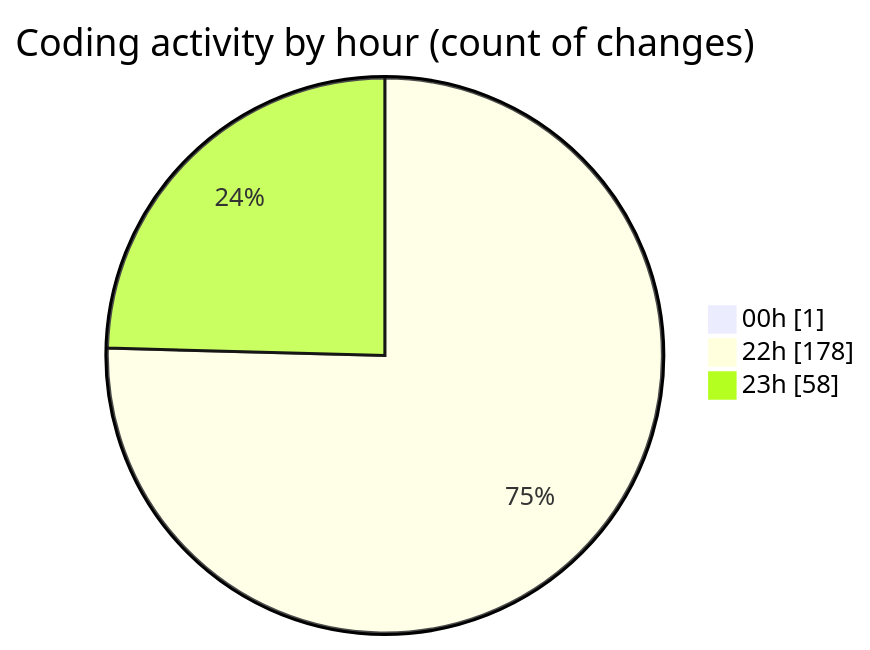
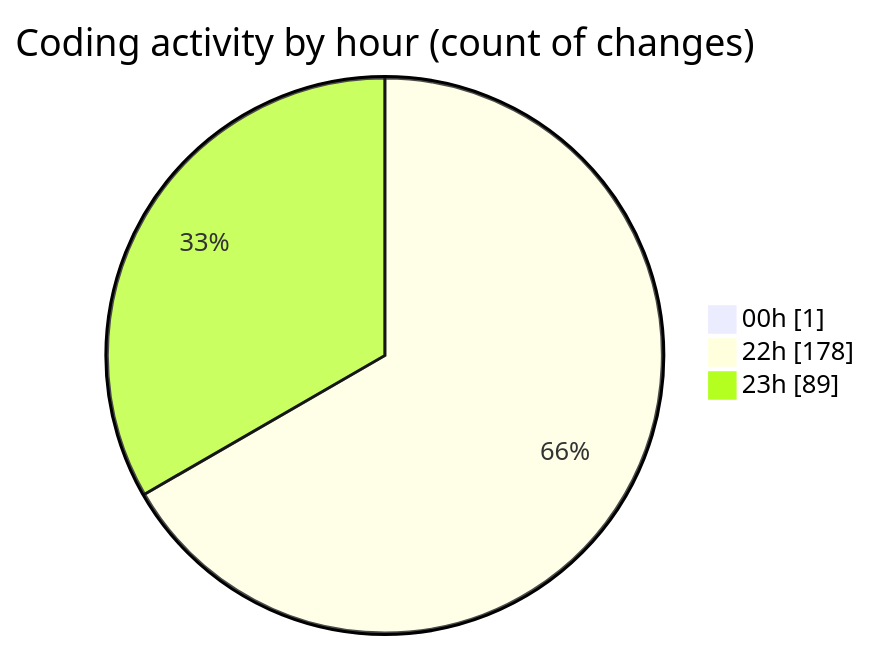
Before and after one commit to Ritupan-Deka/code-tracking: the second of 2 diagrams in 2025-08-04/javascript/README.md, drawn with Mermaid. The commit also changed other lines of this file and 1 other file, not shown here.

````diff
--- a/2025-08-04/javascript/README.md
+++ b/2025-08-04/javascript/README.md
@@ -31,7 +31,7 @@
 ```mermaid
 pie showData
 title Coding activity by hour (count of changes)
 "00h" : 1
 "22h" : 178
-"23h" : 58
+"23h" : 89
 ```
````
